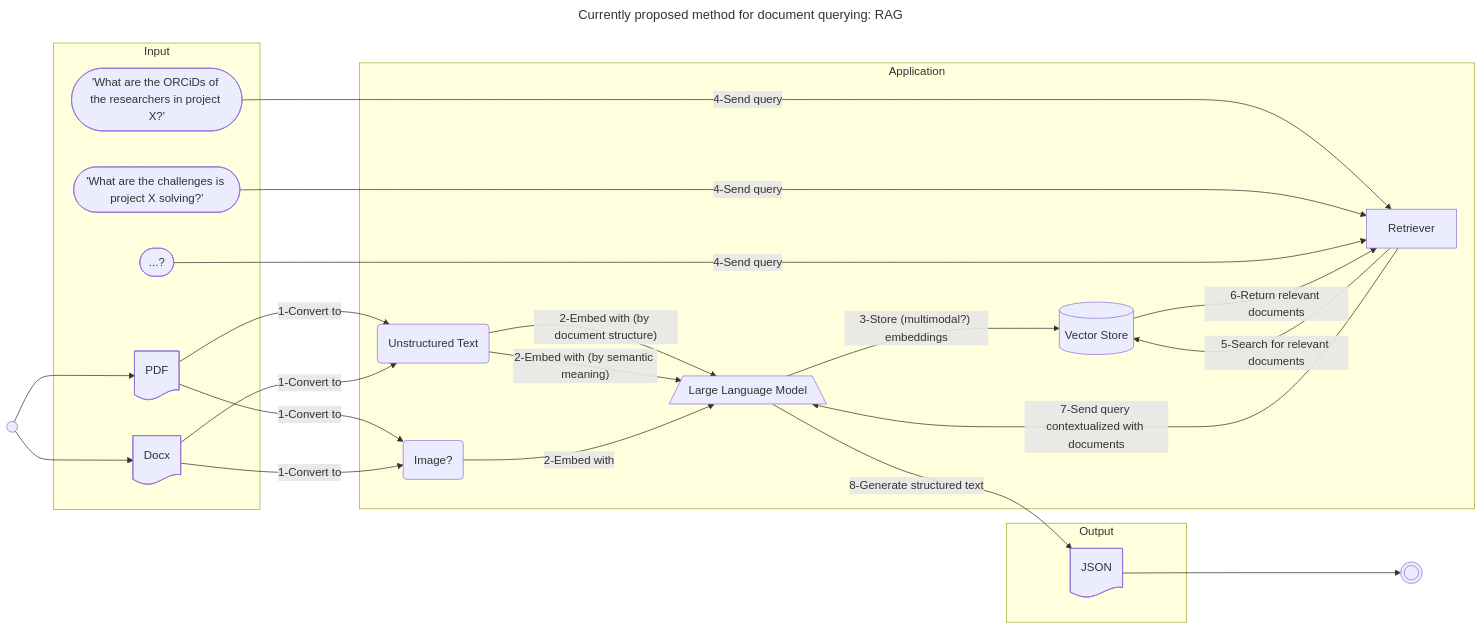
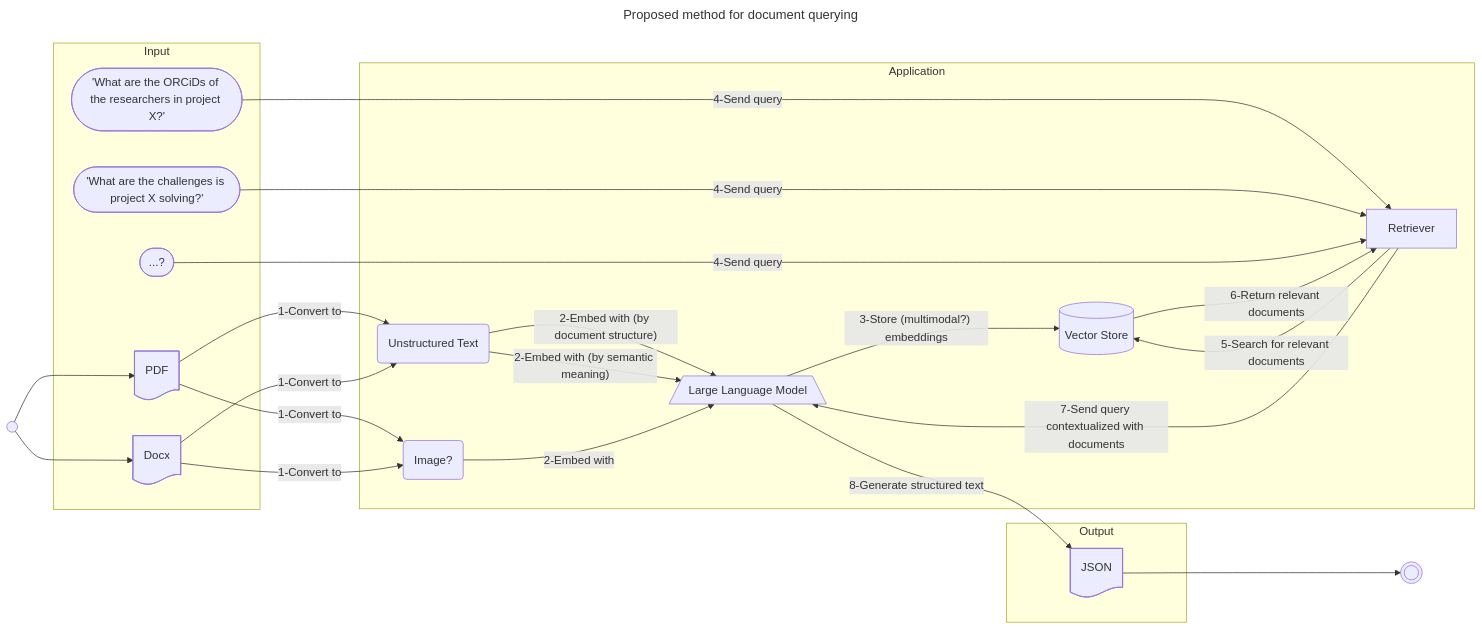
One commit to VCityTeam/PEPR-VDBI changed the first of 4 diagrams in data-integration/README.md. Above: the diagram before and after it, drawn with Mermaid. The commit also changed other lines of this file and 7 other files, not shown here.

````diff
--- a/data-integration/README.md
+++ b/data-integration/README.md
@@ -34,52 +34,52 @@
 ```mermaid
 ---
-title: "Currently proposed method for document querying: RAG"
+title: "Proposed method for document querying"
 ---
 flowchart LR
 
   subgraph Application
     LLM[/Large Language Model\]
     R[Retriever]
     VS[(Vector Store)]
     B(Unstructured Text)
     I(Image?)
   end
 
   subgraph Input
     PDF@{ shape: doc }
     Docx@{ shape: doc }
     Q1(["'What are the ORCiDs of the researchers in project X?'"])
     Q2(["'What are the challenges is project X solving?'"])
     Q3(["...?"])
   end
 
   subgraph Output
     JSON@{ shape: doc }
   end
 
   S(( ))
   O((( )))
 
   S --> PDF
   S --> Docx
   PDF -->|1-Convert to| B
   PDF -->|1-Convert to| I
   Docx -->|1-Convert to| B
   Docx -->|1-Convert to| I
 
   B -->|"2-Embed with (by document structure)"| LLM
   B -->|"2-Embed with (by semantic meaning)"| LLM
   I -->|2-Embed with| LLM
   LLM -->|"3-Store (multimodal?) embeddings"| VS
 
   %% Use multiquery rewriting?
   Q1 -->|4-Send query| R
   Q2 -->|4-Send query| R
   Q3 -->|4-Send query| R
 
   R -->|5-Search for relevant documents| VS
   VS -->|6-Return relevant documents| R
   R -->|7-Send query contextualized with documents| LLM
   LLM -->|8-Generate structured text| JSON
   JSON --> O
 ```
````
